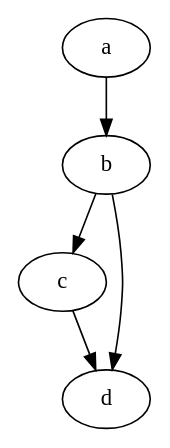
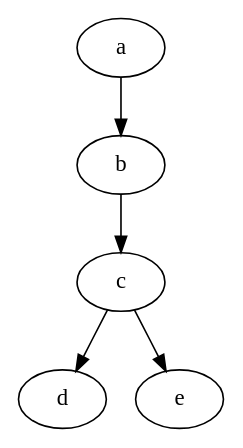
Before and after one commit to bneijt/dotimate: the diagram in c.dot, drawn with Graphviz. The commit also changed 2 other files, not shown here.

```diff
--- a/c.dot
+++ b/c.dot
@@ -1,6 +1,7 @@
 digraph code {
+    a;b;c;d;e;
+    b -> c;
+    c -> e;
     c -> d;
     a -> b;
-    b -> c;
-    b -> d;
 }
```
